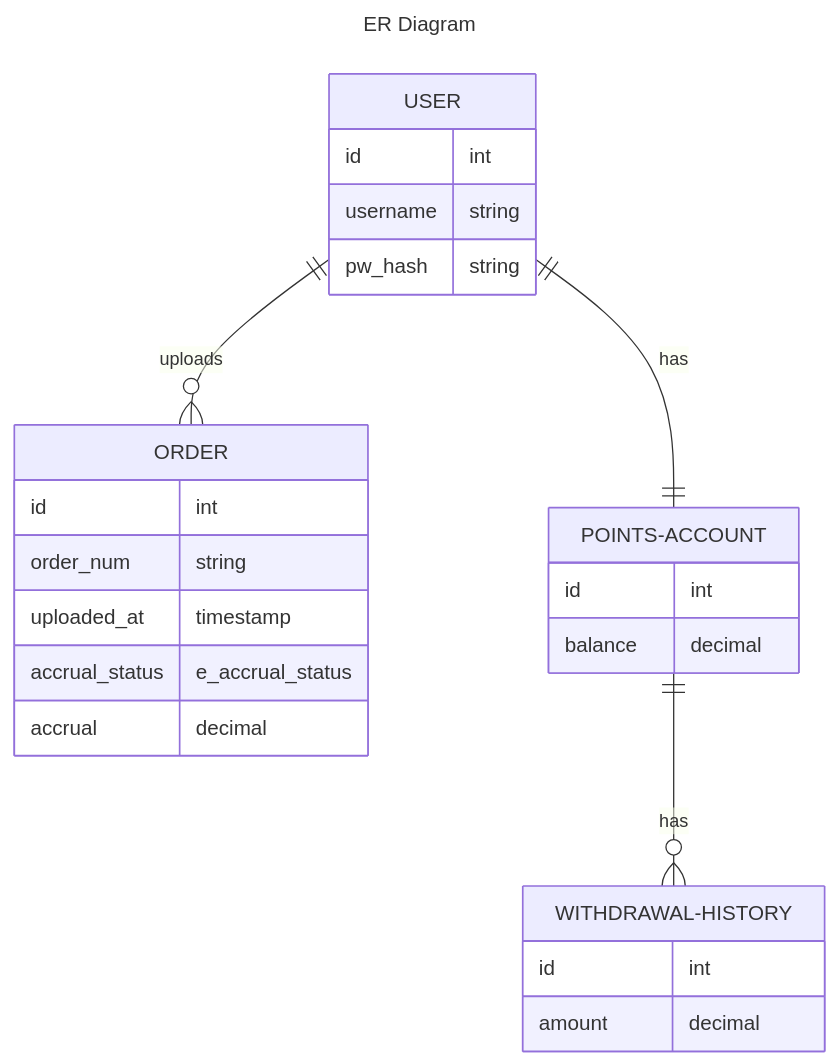
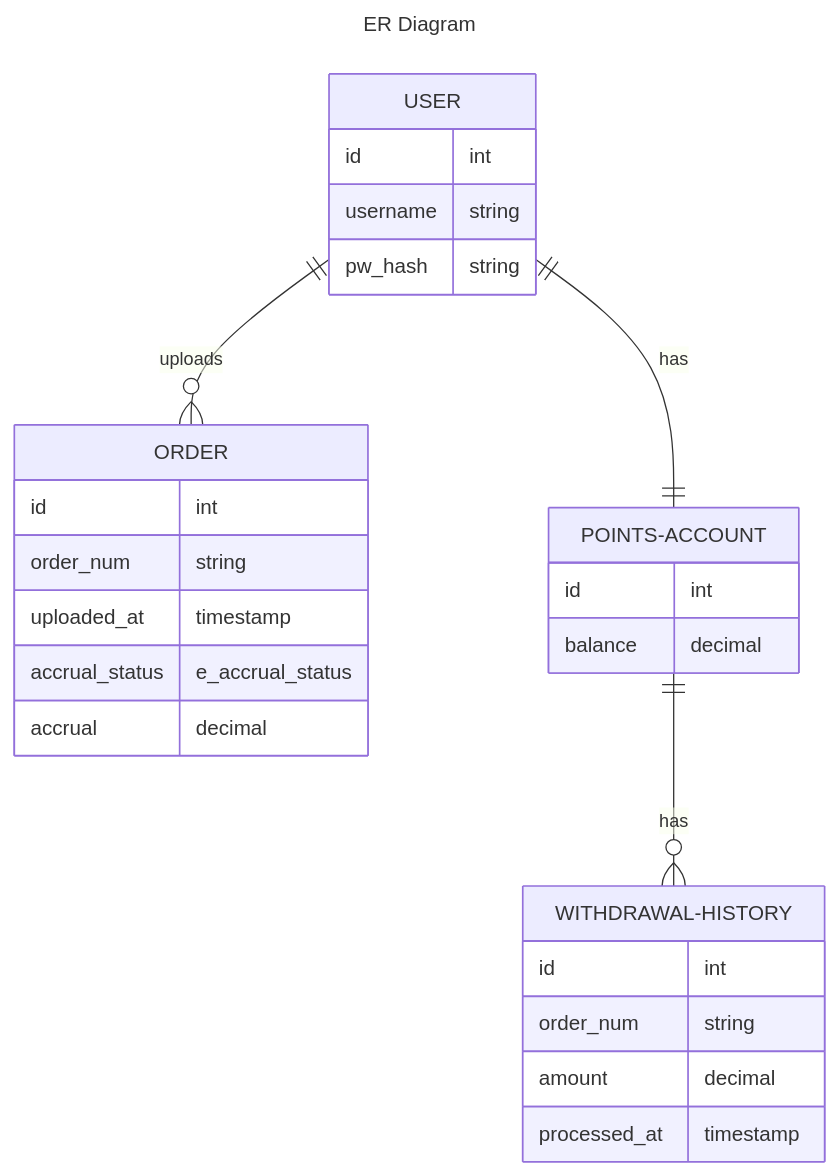
Before and after one commit to rovany706/loyalty-gopher: the diagram in docs/ER.md, drawn with Mermaid. The commit also changed 16 other files, not shown here.

````diff
--- a/docs/ER.md
+++ b/docs/ER.md
@@ -1,29 +1,31 @@
 ```mermaid
 ---
 title: ER Diagram
 ---
 erDiagram
     USER ||--o{ ORDER : uploads
     USER {
         id int
         username string
         pw_hash string
     }
     ORDER {
         id int
         order_num string
         uploaded_at timestamp
         accrual_status e_accrual_status
         accrual decimal
     }
     USER ||--|| POINTS-ACCOUNT : has
     POINTS-ACCOUNT {
         id int
         balance decimal
     }
     POINTS-ACCOUNT ||--o{ WITHDRAWAL-HISTORY : has
     WITHDRAWAL-HISTORY {
         id int
+        order_num string
         amount decimal
+        processed_at timestamp
     }
 ```
````
